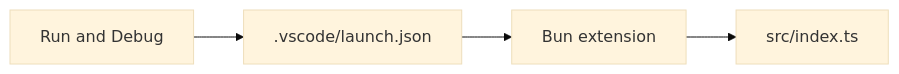
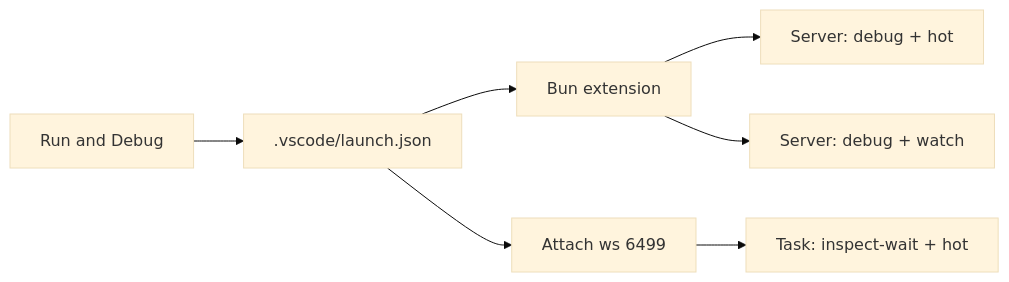
The seventh of 10 diagrams in features-logs/hono-server-crud.md (streamwhite/corymb), drawn with Mermaid (base theme) before and after one commit. The commit also changed other lines of this file and 73 other files, not shown here.

````diff
--- a/features-logs/hono-server-crud.md
+++ b/features-logs/hono-server-crud.md
@@ -60,6 +103,9 @@
 ```mermaid
 flowchart LR
   RD[Run and Debug] --> LJ[".vscode/launch.json"]
   LJ --> EXT[Bun extension]
-  EXT --> IDX["src/index.ts"]
+  EXT --> HOT["Server: debug + hot"]
+  EXT --> WAT["Server: debug + watch"]
+  LJ --> AT[Attach ws 6499]
+  AT --> TSK["Task: inspect-wait + hot"]
 ```
````
